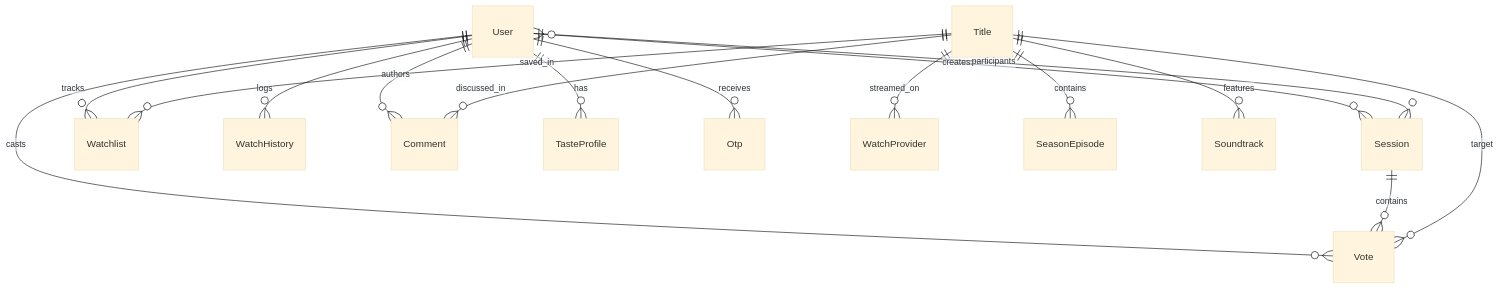
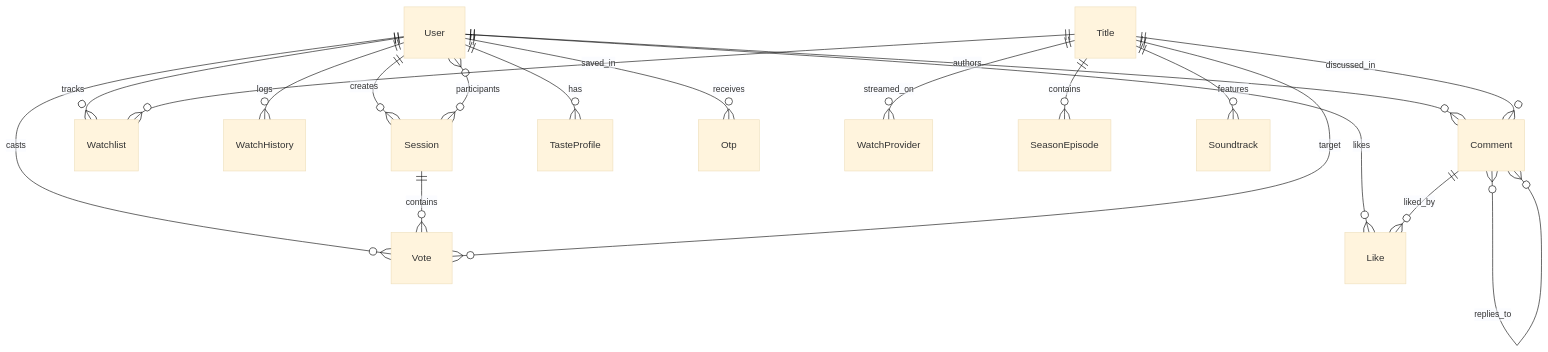
Before and after one commit to lasandisal/cinecircle-server: the second of 2 diagrams in README.md, drawn with Mermaid (base theme). The commit also changed other lines of this file, not shown here.

````diff
--- a/README.md
+++ b/README.md
@@ -109,20 +115,24 @@
 ```mermaid
 erDiagram
     User ||--o{ Session : "creates"
     User ||--o{ Vote : "casts"
     User ||--o{ Watchlist : "tracks"
     User ||--o{ WatchHistory : "logs"
     User ||--o{ Comment : "authors"
     User ||--o{ TasteProfile : "has"
     User ||--o{ Otp : "receives"
+    User ||--o{ Like : "likes"
     
     Session ||--o{ Vote : "contains"
     Session }o--o{ User : "participants"
     
     Title ||--o{ Vote : "target"
     Title ||--o{ Watchlist : "saved_in"
     Title ||--o{ WatchProvider : "streamed_on"
     Title ||--o{ SeasonEpisode : "contains"
     Title ||--o{ Soundtrack : "features"
     Title ||--o{ Comment : "discussed_in"
+    
+    Comment ||--o{ Like : "liked_by"
+    Comment }o--o{ Comment : "replies_to"
 ```
````
